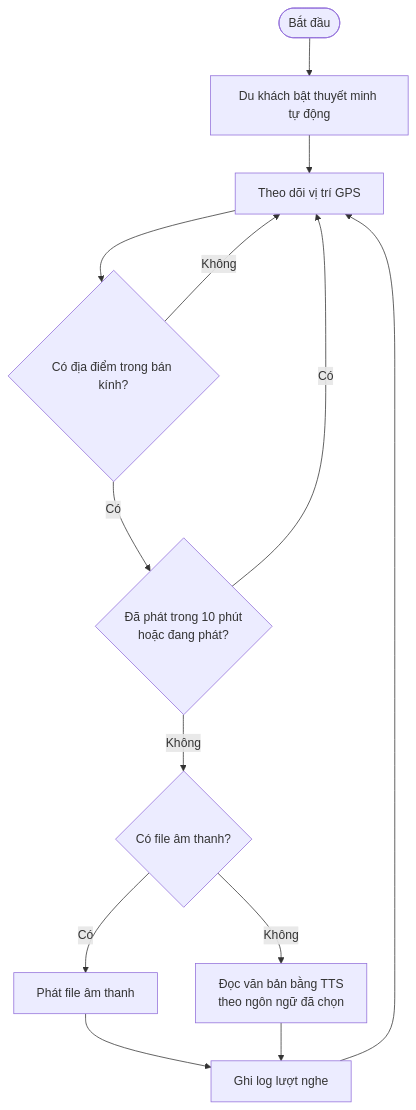
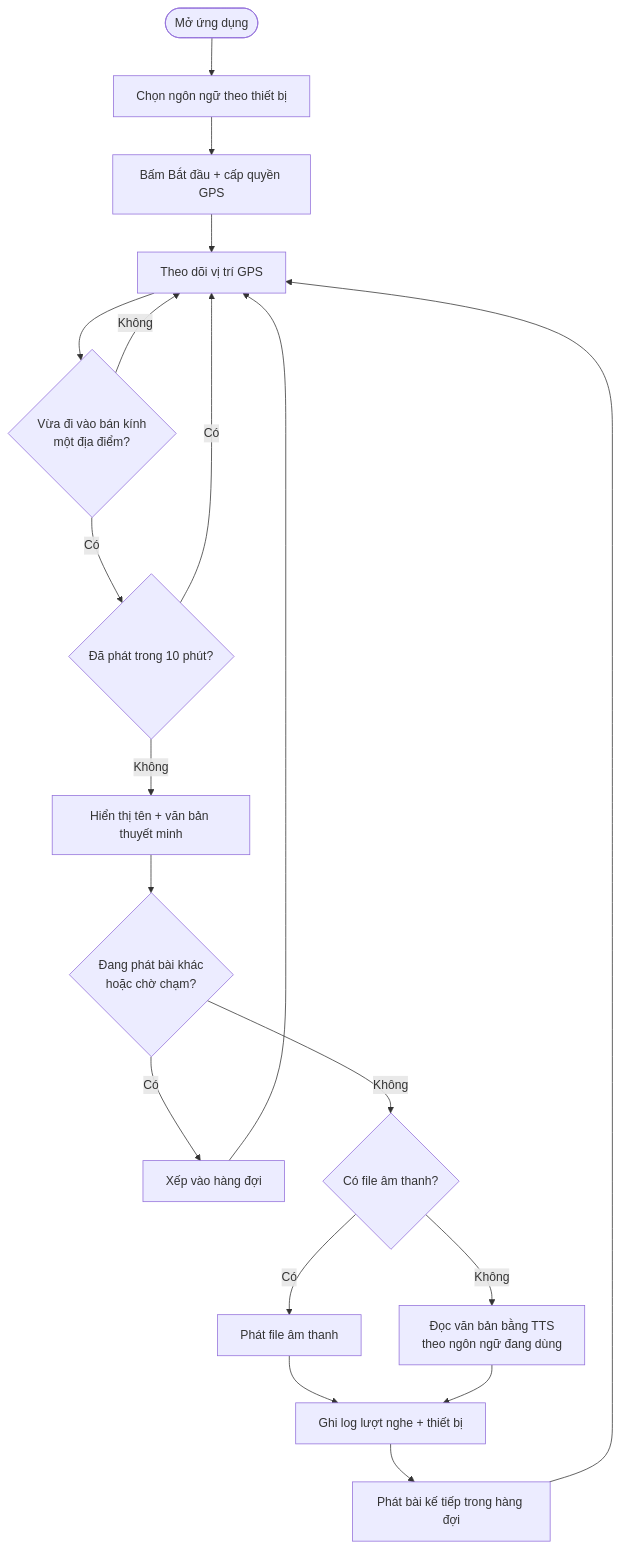
Before and after one commit to DangHau19/CNPM: the second of 3 diagrams in docs/FocusedUseCases.md, drawn with Mermaid. The commit also changed other lines of this file and 32 other files, not shown here.

First line of the commit message:
Theo dõi truy cập, tự phát thuyết minh theo GPS, ngôn ngữ theo thiết bị, XAMPP/Render

````diff
--- a/docs/FocusedUseCases.md
+++ b/docs/FocusedUseCases.md
@@ -189,15 +245,19 @@
 ```mermaid
 flowchart TD
-  A([Bắt đầu]) --> B[Du khách bật thuyết minh tự động]
-  B --> C[Theo dõi vị trí GPS]
-  C --> D{Có địa điểm trong bán kính?}
-  D -- Không --> C
-  D -- Có --> E{Đã phát trong 10 phút<br/>hoặc đang phát?}
-  E -- Có --> C
-  E -- Không --> F{Có file âm thanh?}
-  F -- Có --> G[Phát file âm thanh]
-  F -- Không --> H[Đọc văn bản bằng TTS<br/>theo ngôn ngữ đã chọn]
-  G --> I[Ghi log lượt nghe]
-  H --> I
-  I --> C
+  A([Mở ứng dụng]) --> B[Chọn ngôn ngữ theo thiết bị]
+  B --> C[Bấm Bắt đầu + cấp quyền GPS]
+  C --> D[Theo dõi vị trí GPS]
+  D --> E{Vừa đi vào bán kính<br/>một địa điểm?}
+  E -- Không --> D
+  E -- Có --> F{Đã phát trong 10 phút?}
+  F -- Có --> D
+  F -- Không --> G[Hiển thị tên + văn bản thuyết minh]
+  G --> H{Đang phát bài khác<br/>hoặc chờ chạm?}
+  H -- Có --> Q[Xếp vào hàng đợi] --> D
+  H -- Không --> I{Có file âm thanh?}
+  I -- Có --> J[Phát file âm thanh]
+  I -- Không --> K[Đọc văn bản bằng TTS<br/>theo ngôn ngữ đang dùng]
+  J --> L[Ghi log lượt nghe + thiết bị]
+  K --> L
+  L --> M[Phát bài kế tiếp trong hàng đợi] --> D
 ```
````
